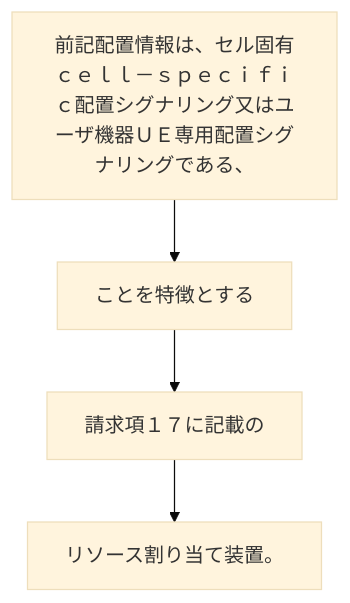
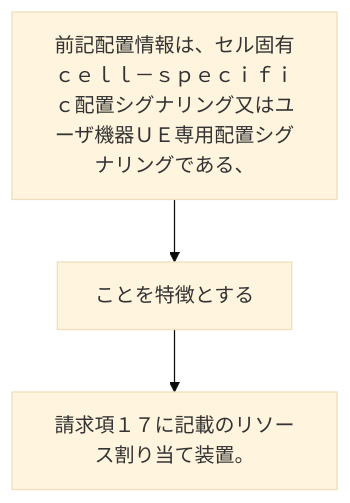
Before and after one commit to shinmori55/patent_analyzed: the diagram in 2024/JP2024029186A/claim_20/README.md, drawn with Mermaid (base theme). The commit also changed 336 other files, not shown here.

````diff
--- a/2024/JP2024029186A/claim_20/README.md
+++ b/2024/JP2024029186A/claim_20/README.md
@@ -2,10 +2,8 @@
 ```mermaid
 flowchart TD
 A[前記配置情報は、セル固有ｃｅｌｌ－ｓｐｅｃｉｆｉｃ配置シグナリング又はユーザ機器ＵＥ専用配置シグナリングである、]
 B[ことを特徴とする]
-C[請求項１７に記載の]
-D[リソース割り当て装置。]
+C[請求項１７に記載のリソース割り当て装置。]
 A --> B
 B --> C
-C --> D
 ```
````
